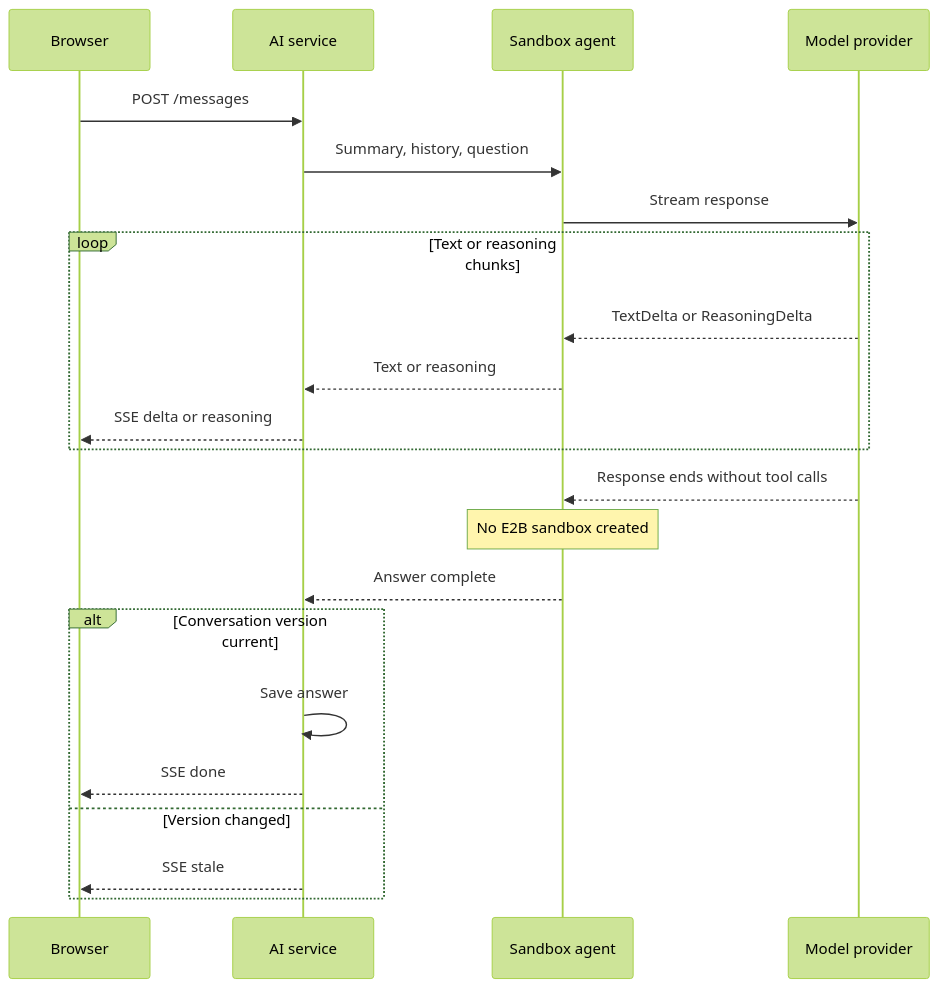
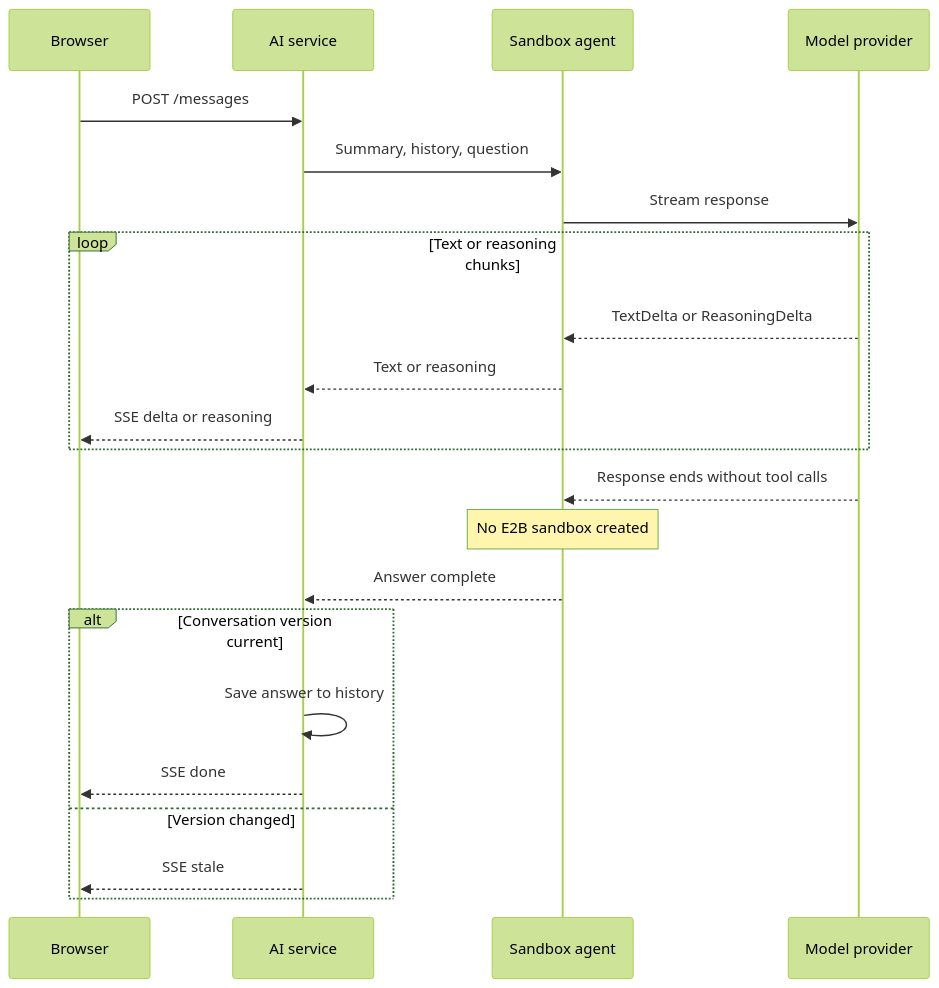
Before and after one commit to j3soon/nurse-scheduling: the fourth of 7 diagrams in docs/content/developer-guide/ai-assistant.md, drawn with Mermaid (forest theme). The commit also changed other lines of this file, not shown here.

First line of the commit message:
docs: clarify AI assistant guide lifecycle and diagrams

````diff
--- a/docs/content/developer-guide/ai-assistant.md
+++ b/docs/content/developer-guide/ai-assistant.md
@@ -163,25 +168,25 @@
 ```mermaid
 sequenceDiagram
     participant Browser
     participant AI as AI service
     participant Agent as Sandbox agent
     participant Model as Model provider
 
     Browser->>AI: POST /messages
     AI->>Agent: Summary, history, question
     Agent->>Model: Stream response
     loop Text or reasoning chunks
         Model-->>Agent: TextDelta or ReasoningDelta
         Agent-->>AI: Text or reasoning
         AI-->>Browser: SSE delta or reasoning
     end
     Model-->>Agent: Response ends without tool calls
     Note over Agent: No E2B sandbox created
     Agent-->>AI: Answer complete
     alt Conversation version current
-        AI->>AI: Save answer
+        AI->>AI: Save answer to history
         AI-->>Browser: SSE done
     else Version changed
         AI-->>Browser: SSE stale
     end
 ```
````
